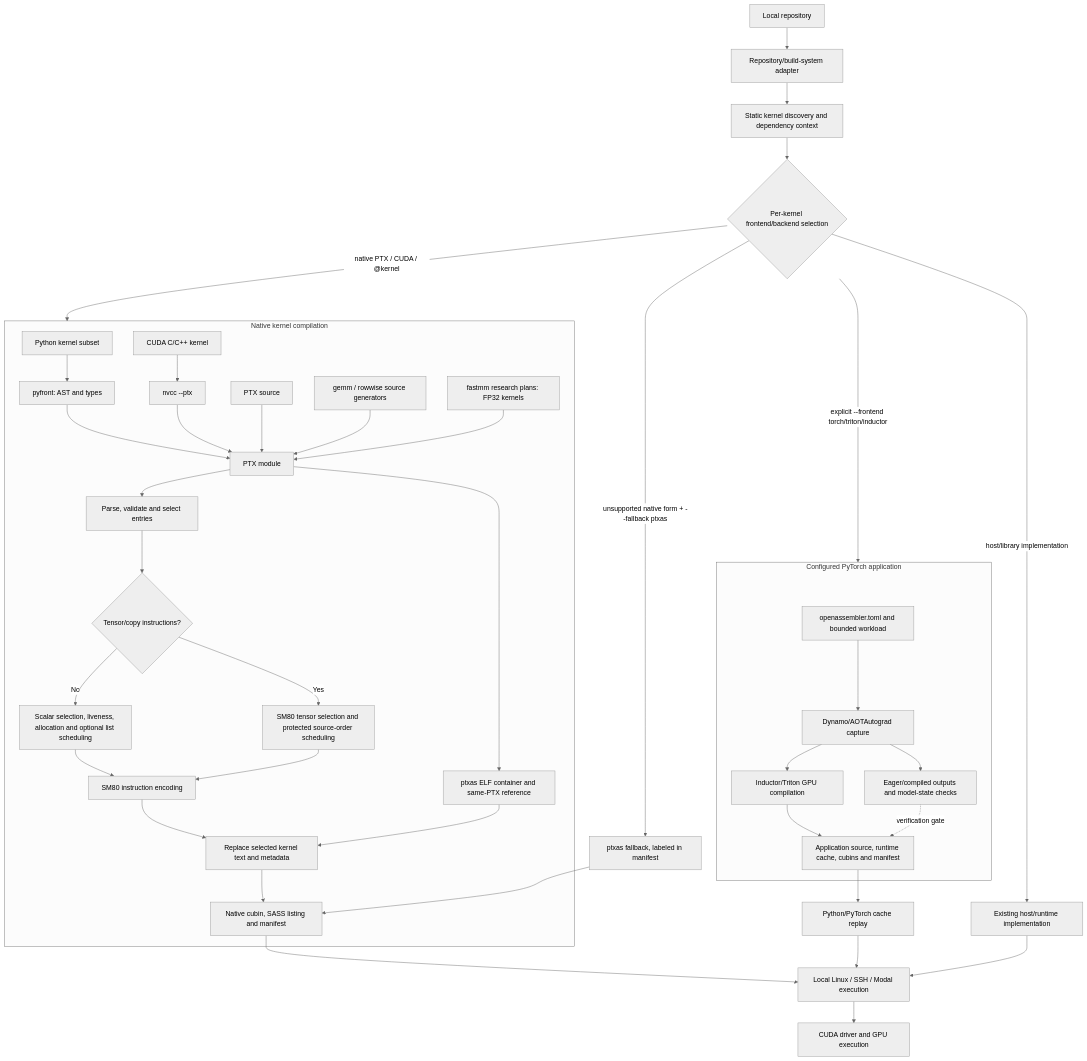
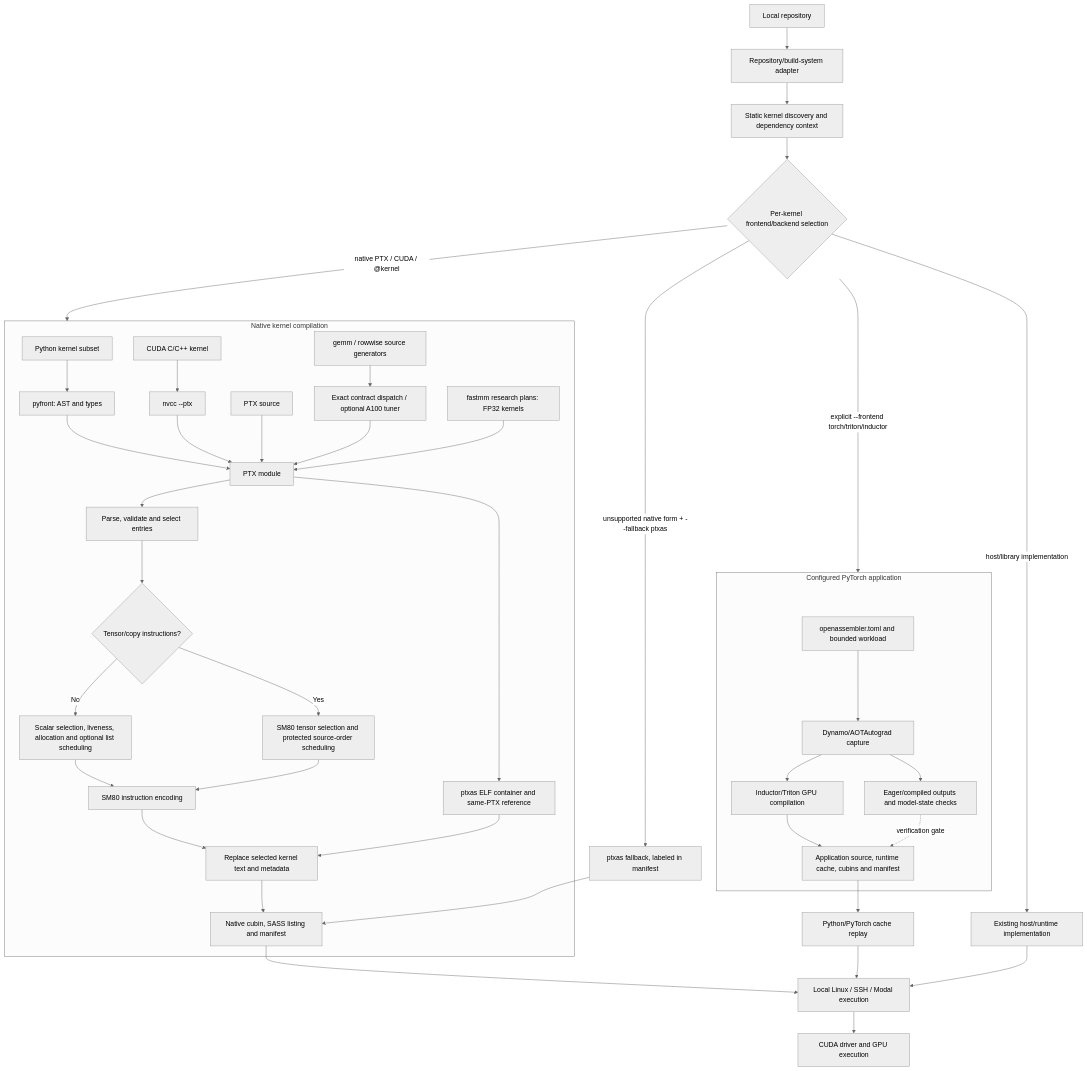
The diagram in docs/STATUS.md (lucialuka/OpenAssembler), drawn with Mermaid (neutral theme) before and after one commit. The commit also changed other lines of this file and 525 other files, not shown here.

````diff
--- a/docs/STATUS.md
+++ b/docs/STATUS.md
@@ -65,42 +67,43 @@
 ```mermaid
 flowchart TB
     REPO["Local repository"] --> ADAPT["Repository/build-system adapter"]
     ADAPT --> DISC["Static kernel discovery and dependency context"]
     DISC --> SELECT{"Per-kernel frontend/backend selection"}
     SELECT -->|"native PTX / CUDA / @kernel"| N
     SELECT -->|"explicit --frontend torch/triton/inductor"| A
     SELECT -->|"unsupported native form + --fallback ptxas"| FALLBACK["ptxas fallback, labeled in manifest"]
     SELECT -->|"host/library implementation"| HOST["Existing host/runtime implementation"]
     subgraph N["Native kernel compilation"]
         PY["Python kernel subset"] --> PF["pyfront: AST and types"]
         CU["CUDA C/C++ kernel"] --> NVCC["nvcc --ptx"]
         PF --> PTX["PTX module"]
         NVCC --> PTX
         RAW["PTX source"] --> PTX
-        GP["gemm / rowwise source generators"] --> PTX
+        GP["gemm / rowwise source generators"] --> DISPATCH["Exact contract dispatch / optional A100 tuner"]
+        DISPATCH --> PTX
         FM["fastmm research plans: FP32 kernels"] --> PTX
         PTX --> PARSE["Parse, validate and select entries"]
         PARSE --> ROUTE{"Tensor/copy instructions?"}
         ROUTE -->|"No"| SC["Scalar selection, liveness, allocation and optional list scheduling"]
         ROUTE -->|"Yes"| TC["SM80 tensor selection and protected source-order scheduling"]
         SC --> ENC["SM80 instruction encoding"]
         TC --> ENC
         PTX --> CON["ptxas ELF container and same-PTX reference"]
         ENC --> SPLICE["Replace selected kernel text and metadata"]
         CON --> SPLICE
         SPLICE --> CUBIN["Native cubin, SASS listing and manifest"]
     end
     subgraph A["Configured PyTorch application"]
         CFG["openassembler.toml and bounded workload"] --> CAP["Dynamo/AOTAutograd capture"]
         CAP --> IND["Inductor/Triton GPU compilation"]
         IND --> BUNDLE["Application source, runtime cache, cubins and manifest"]
         CAP --> CHECK["Eager/compiled outputs and model-state checks"]
     end
     CUBIN --> RUN["Local Linux / SSH / Modal execution"]
     BUNDLE --> REPLAY["Python/PyTorch cache replay"]
     REPLAY --> RUN
     RUN --> GPU["CUDA driver and GPU execution"]
     CHECK -. "verification gate" .-> BUNDLE
     FALLBACK --> CUBIN
     HOST --> RUN
 ```
````
